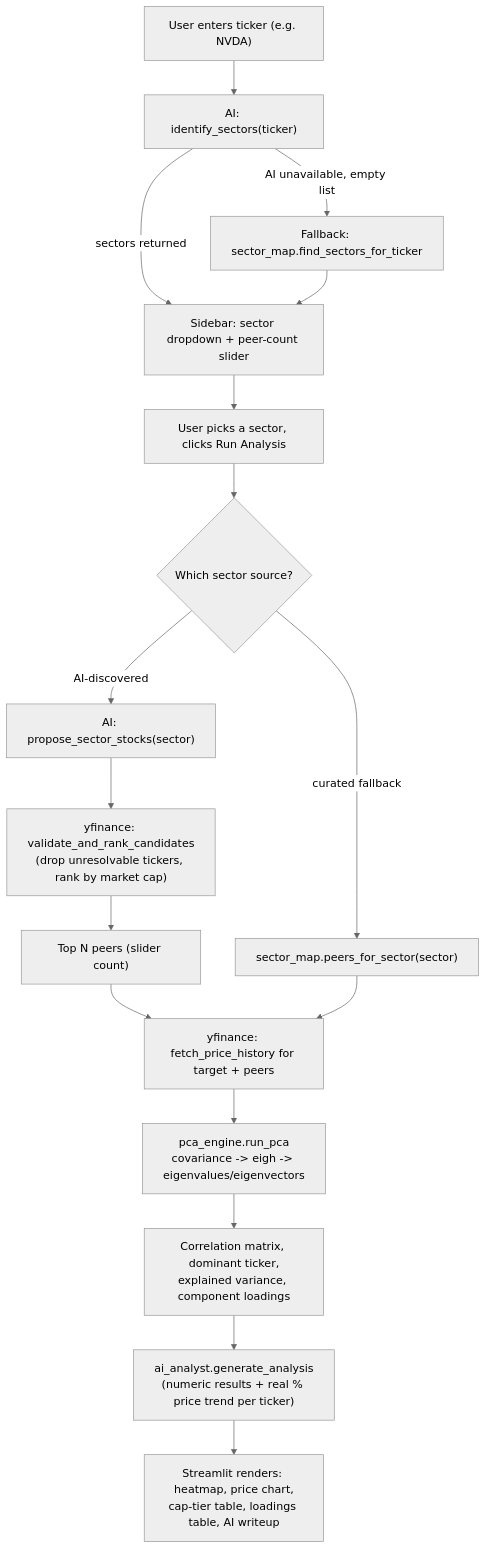
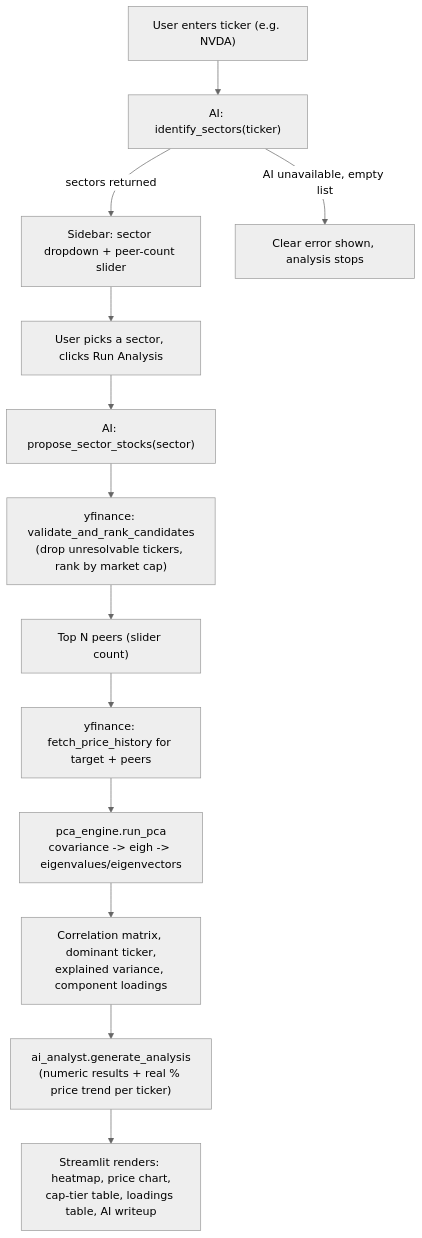
Before and after one commit to chichihayes/ai-sector-eigen-correlation-explorer: the second of 2 diagrams in README.md, drawn with Mermaid (neutral theme). The commit also changed other lines of this file and 5 other files, not shown here.

First line of the commit message:
Remove curated sector_map.py fallback

````diff
--- a/README.md
+++ b/README.md
@@ -71,19 +64,15 @@
 ```mermaid
 flowchart TD
     A["User enters ticker (e.g. NVDA)"] --> B["AI: identify_sectors(ticker)"]
     B -->|sectors returned| C["Sidebar: sector dropdown + peer-count slider"]
-    B -->|AI unavailable, empty list| D["Fallback: sector_map.find_sectors_for_ticker"]
-    D --> C
+    B -->|AI unavailable, empty list| Z["Clear error shown, analysis stops"]
     C --> E["User picks a sector, clicks Run Analysis"]
-    E --> F{"Which sector source?"}
-    F -->|AI-discovered| G["AI: propose_sector_stocks(sector)"]
+    E --> G["AI: propose_sector_stocks(sector)"]
     G --> H["yfinance: validate_and_rank_candidates<br/>(drop unresolvable tickers, rank by market cap)"]
     H --> I["Top N peers (slider count)"]
-    F -->|curated fallback| J["sector_map.peers_for_sector(sector)"]
     I --> K["yfinance: fetch_price_history for target + peers"]
-    J --> K
     K --> L["pca_engine.run_pca<br/>covariance -> eigh -> eigenvalues/eigenvectors"]
     L --> M["Correlation matrix, dominant ticker,<br/>explained variance, component loadings"]
     M --> N["ai_analyst.generate_analysis<br/>(numeric results + real % price trend per ticker)"]
     N --> O["Streamlit renders: heatmap, price chart,<br/>cap-tier table, loadings table, AI writeup"]
 ```
````
